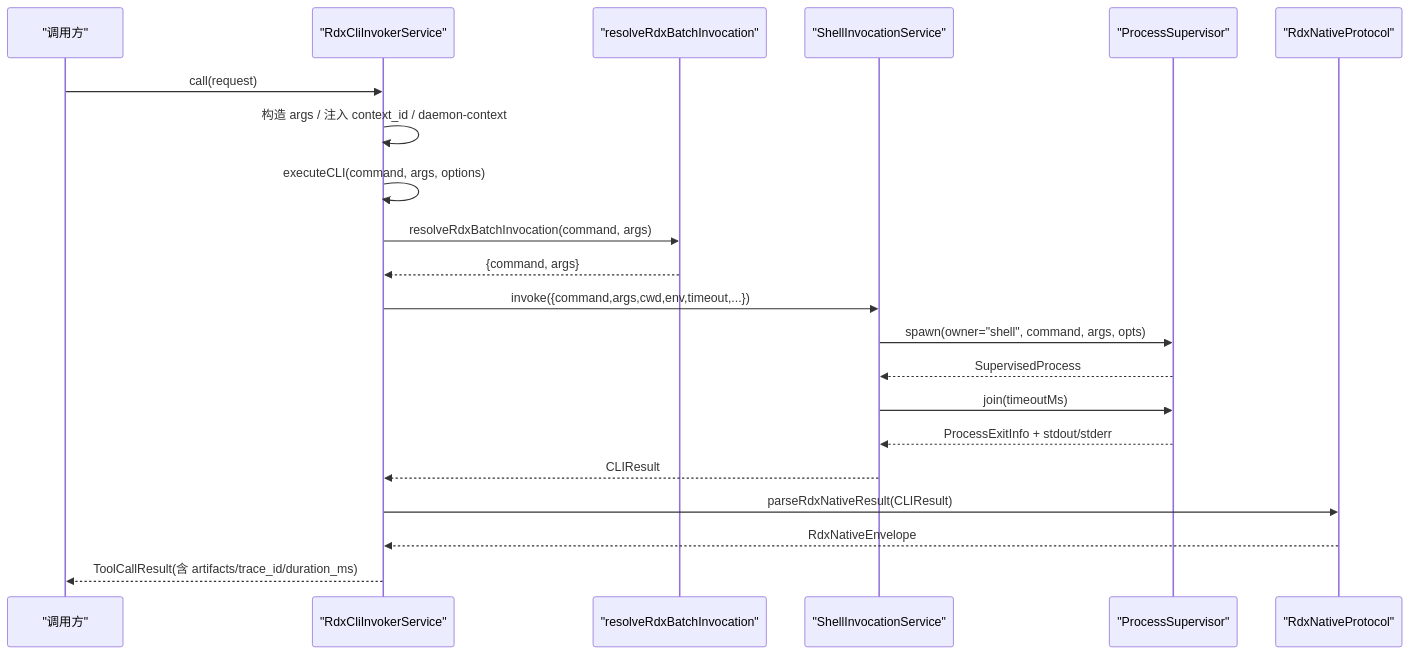
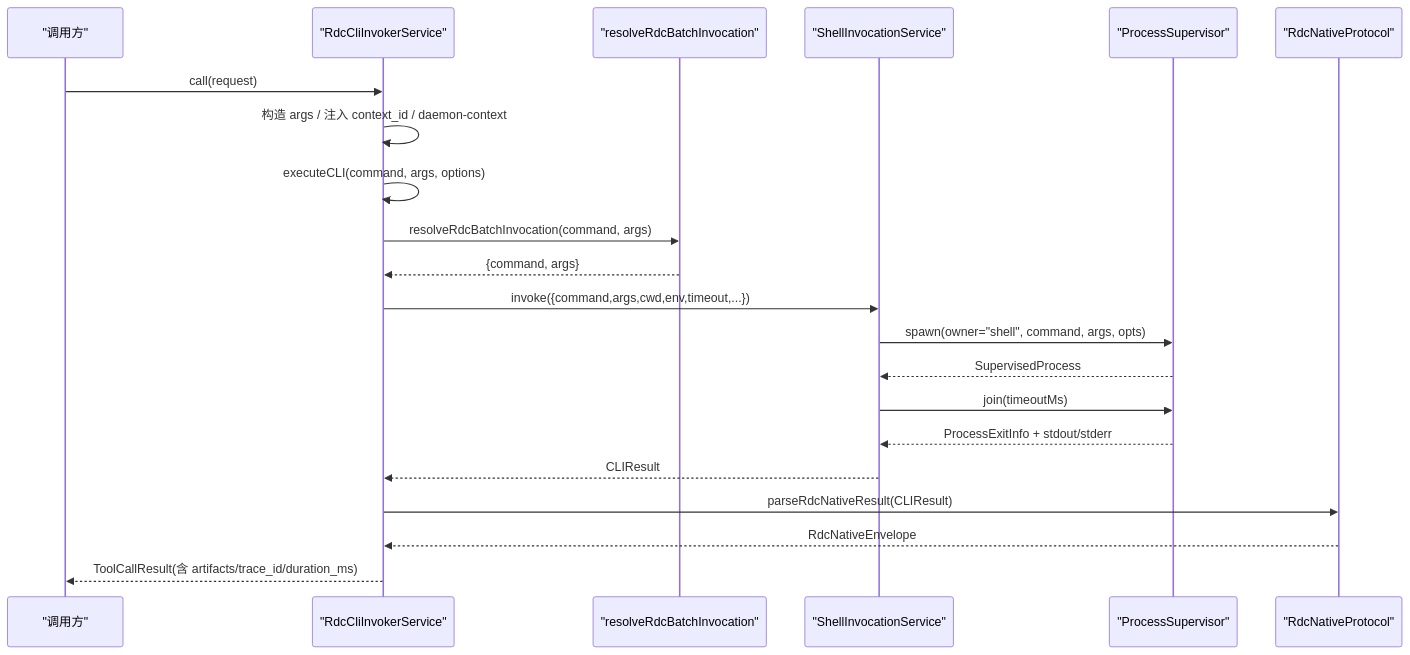
Before and after one commit to haolange/RDC-Agent: the second of 9 diagrams in .qoder/repowiki/zh/content/架构设计/主进程架构/工具执行系统.md, drawn with Mermaid. The commit also changed other lines of this file and 557 other files, not shown here.

````diff
--- a/.qoder/repowiki/zh/content/架构设计/主进程架构/工具执行系统.md
+++ b/.qoder/repowiki/zh/content/架构设计/主进程架构/工具执行系统.md
@@ -103,23 +103,23 @@
 ```mermaid
 sequenceDiagram
 participant Caller as "调用方"
-participant Invoker as "RdxCliInvokerService"
-participant Resolver as "resolveRdxBatchInvocation"
+participant Invoker as "RdcCliInvokerService"
+participant Resolver as "resolveRdcBatchInvocation"
 participant ShellSvc as "ShellInvocationService"
 participant ProcSup as "ProcessSupervisor"
-participant Protocol as "RdxNativeProtocol"
+participant Protocol as "RdcNativeProtocol"
 Caller->>Invoker : call(request)
 Invoker->>Invoker : 构造 args / 注入 context_id / daemon-context
 Invoker->>Invoker : executeCLI(command, args, options)
-Invoker->>Resolver : resolveRdxBatchInvocation(command, args)
+Invoker->>Resolver : resolveRdcBatchInvocation(command, args)
 Resolver-->>Invoker : {command, args}
 Invoker->>ShellSvc : invoke({command,args,cwd,env,timeout,...})
 ShellSvc->>ProcSup : spawn(owner="shell", command, args, opts)
 ProcSup-->>ShellSvc : SupervisedProcess
 ShellSvc->>ProcSup : join(timeoutMs)
 ProcSup-->>ShellSvc : ProcessExitInfo + stdout/stderr
 ShellSvc-->>Invoker : CLIResult
-Invoker->>Protocol : parseRdxNativeResult(CLIResult)
-Protocol-->>Invoker : RdxNativeEnvelope
+Invoker->>Protocol : parseRdcNativeResult(CLIResult)
+Protocol-->>Invoker : RdcNativeEnvelope
 Invoker-->>Caller : ToolCallResult(含 artifacts/trace_id/duration_ms)
 ```
````
